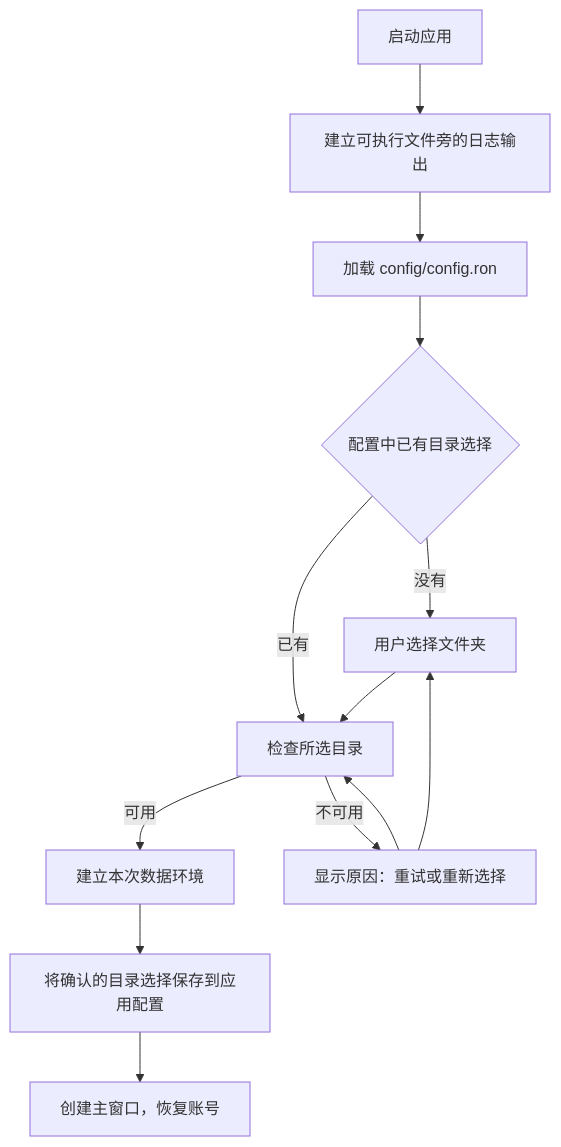
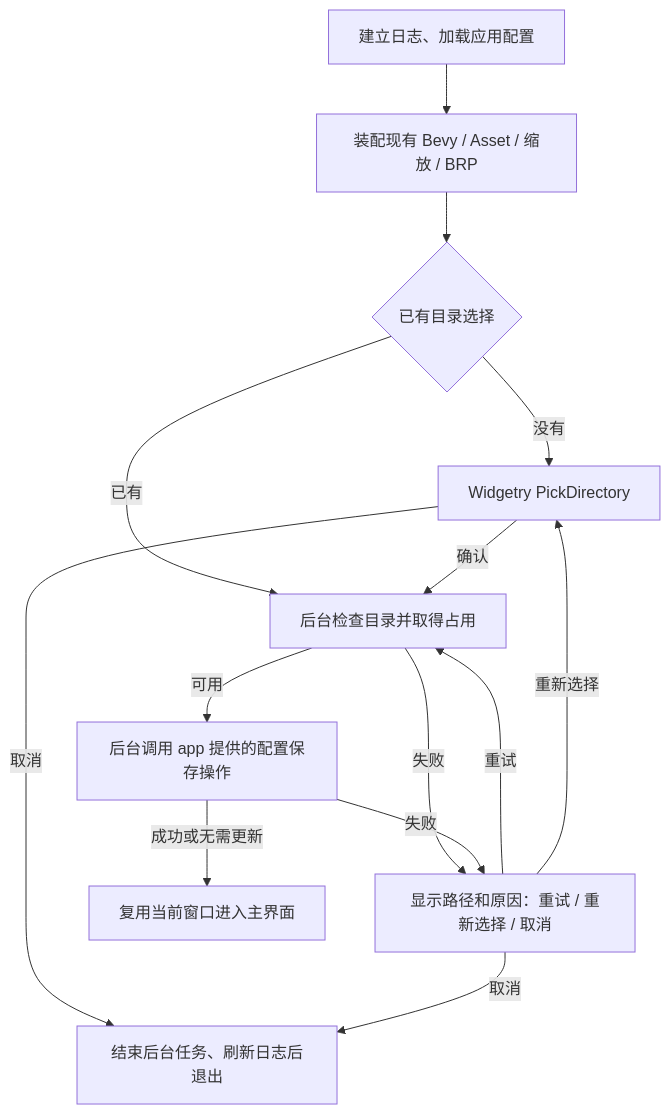
Before and after one commit to slc90/Agentelier: the diagram in docs/design/mechanisms/application-data.md, drawn with Mermaid. The commit also changed other lines of this file and 22 other files, not shown here.

````diff
--- a/docs/design/mechanisms/application-data.md
+++ b/docs/design/mechanisms/application-data.md
@@ -13,15 +13,16 @@
 ```mermaid
 flowchart TD
-    Start["启动应用"] --> Logs["建立可执行文件旁的日志输出"]
-    Logs --> Config["加载 config/config.ron"]
-    Config --> Saved{"配置中已有目录选择"}
-    Saved -->|没有| Pick["用户选择文件夹"]
-    Saved -->|已有| Check["检查所选目录"]
-    Pick --> Check
-    Check -->|可用| Activate["建立本次数据环境"]
-    Check -->|不可用| Resolve["显示原因：重试或重新选择"]
-    Resolve --> Check
-    Resolve --> Pick
-    Activate --> Save["将确认的目录选择保存到应用配置"]
-    Save --> Main["创建主窗口，恢复账号"]
+    Start["建立日志、加载应用配置"] --> Runtime["装配现有 Bevy / Asset / 缩放 / BRP"]
+    Runtime --> Saved{"已有目录选择"}
+    Saved -->|没有| Pick["Widgetry PickDirectory"]
+    Saved -->|已有| Check["后台检查目录并取得占用"]
+    Pick -->|确认| Check
+    Pick -->|取消| Exit["结束后台任务、刷新日志后退出"]
+    Check -->|失败| Resolve["显示路径和原因：重试 / 重新选择 / 取消"]
+    Resolve -->|重试| Check
+    Resolve -->|重新选择| Pick
+    Resolve -->|取消| Exit
+    Check -->|可用| Save["后台调用 app 提供的配置保存操作"]
+    Save -->|成功或无需更新| Main["复用当前窗口进入主界面"]
+    Save -->|失败| Resolve
 ```
````
